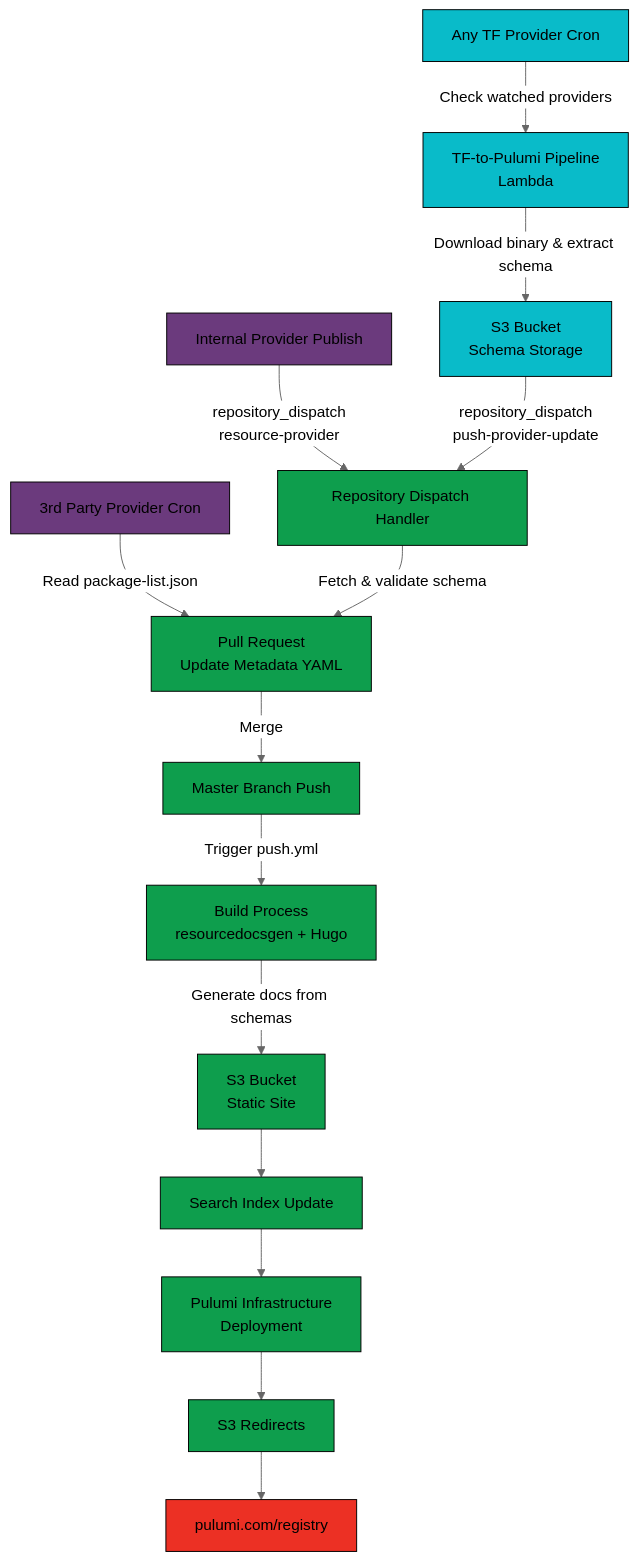
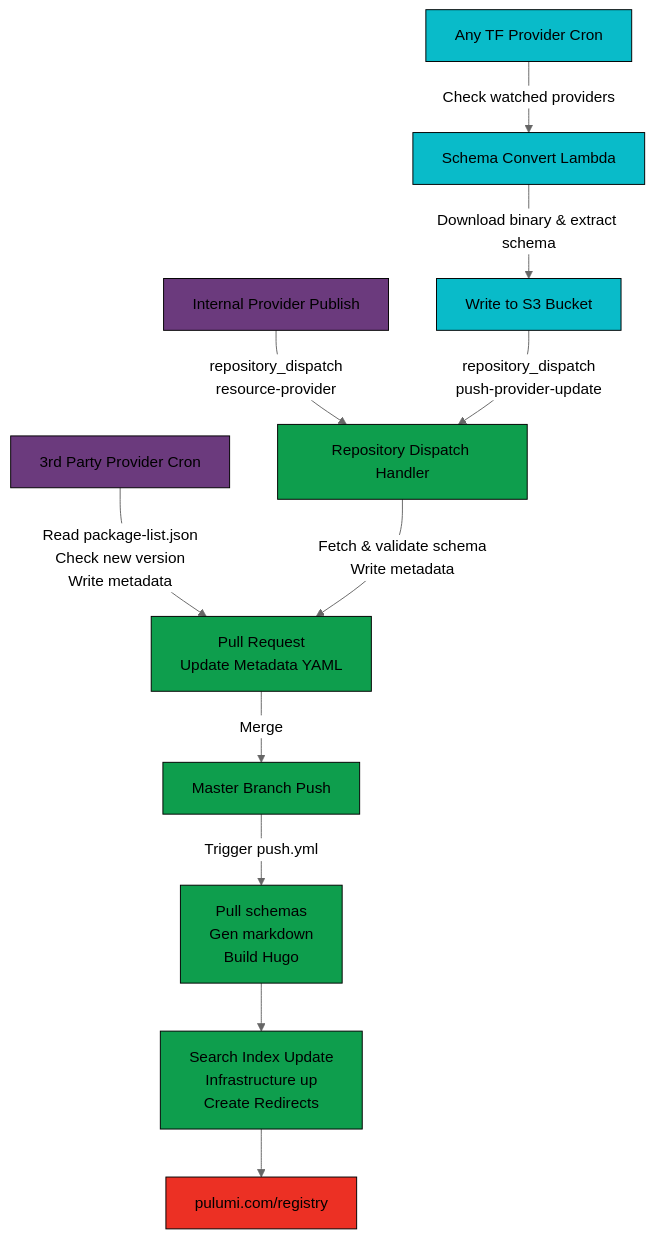
Before and after one commit to pulumi/registry: the diagram in docs/architecture.md, drawn with Mermaid (neutral theme). The commit also changed other lines of this file, not shown here.

````diff
--- a/docs/architecture.md
+++ b/docs/architecture.md
@@ -10,56 +10,50 @@
 ```mermaid
 flowchart TD
     %% Input Sources
     IP[Internal Provider Publish]
     TF[Any TF Provider Cron]
     TP[3rd Party Provider Cron]
     
     %% Processing Components
-    TFP[TF-to-Pulumi Pipeline<br/>Lambda]
-    S3[S3 Bucket<br/>Schema Storage]
+    TFP[Schema Convert Lambda]
+    S3[Write to S3 Bucket]
 
     %% Registry Processing
     RD[Repository Dispatch Handler]
     PR[Pull Request<br/>Update Metadata YAML]
     
     %% Build & Deploy
     MASTER[Master Branch Push]
-    BUILD[Build Process<br/>resourcedocsgen + Hugo]
-    S3BUCKET[S3 Bucket<br/>Static Site]
-    SEARCH[Search Index Update]
-    DEPLOY[Pulumi Infrastructure<br/>Deployment]
-    REDIR[S3 Redirects]
+    BUILD[Pull schemas<br/>Gen markdown<br/>Build Hugo]
+    DEPLOY[Search Index Update<br/>Infrastructure up<br/>Create Redirects]
     
     %% Output
     SITE[pulumi.com/registry]
     
     %% Flows
     IP -->|repository_dispatch<br/>resource-provider| RD
     
     TF -->|Check watched providers| TFP
     TFP -->|Download binary & extract schema| S3
     S3 -->|repository_dispatch<br/>push-provider-update| RD
     
-    TP -->|Read package-list.json| PR
+    TP -->|Read package-list.json<br/>Check new version<br/>Write metadata| PR
     
-    RD -->|Fetch & validate schema| PR
+    RD -->|Fetch & validate schema<br/>Write metadata| PR
     PR -->|Merge| MASTER
     
     MASTER -->|Trigger push.yml| BUILD
-    BUILD -->|Generate docs from schemas| S3BUCKET
-    S3BUCKET --> SEARCH
-    SEARCH --> DEPLOY
-    DEPLOY --> REDIR
-    REDIR --> SITE
+    BUILD --> DEPLOY
+    DEPLOY --> SITE
     
     %% Styling
     classDef aws fill:#09bbc9,stroke:#000
     classDef input fill:#6b3a7d,stroke:#000
     classDef process fill:#0e9e4d,stroke:#000
     classDef output fill:#ec3024,stroke:#000
     
     class TF,TFP,S3 aws
     class IP,TP input
-    class S3BUCKET,MASTER,RD,PR,BUILD,SEARCH,DEPLOY,REDIR process
+    class MASTER,RD,PR,BUILD,DEPLOY process
     class SITE output
 ```
````
